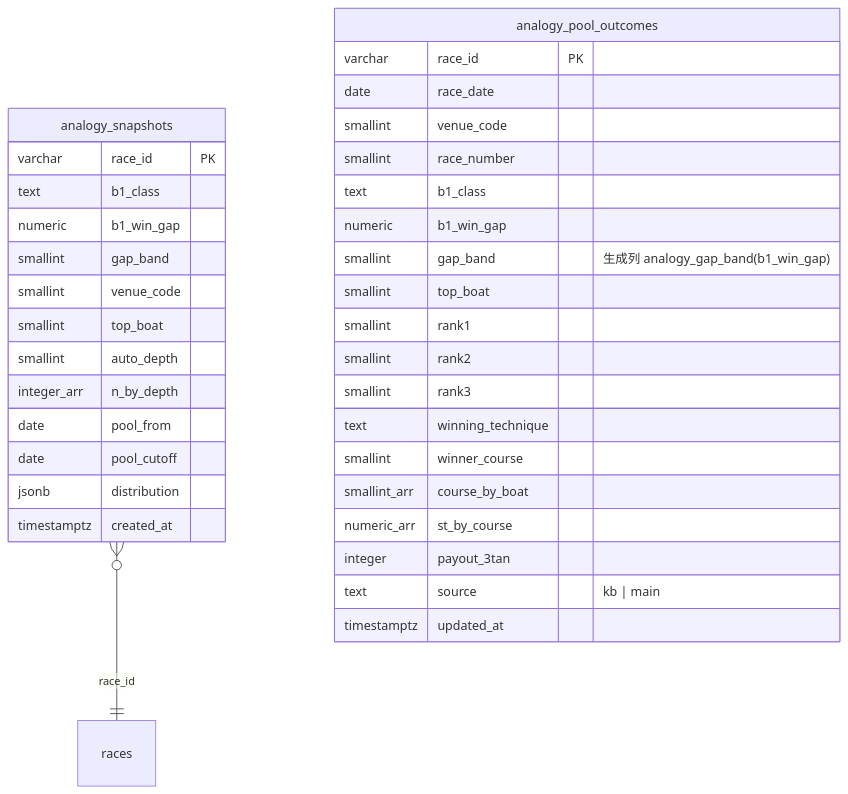
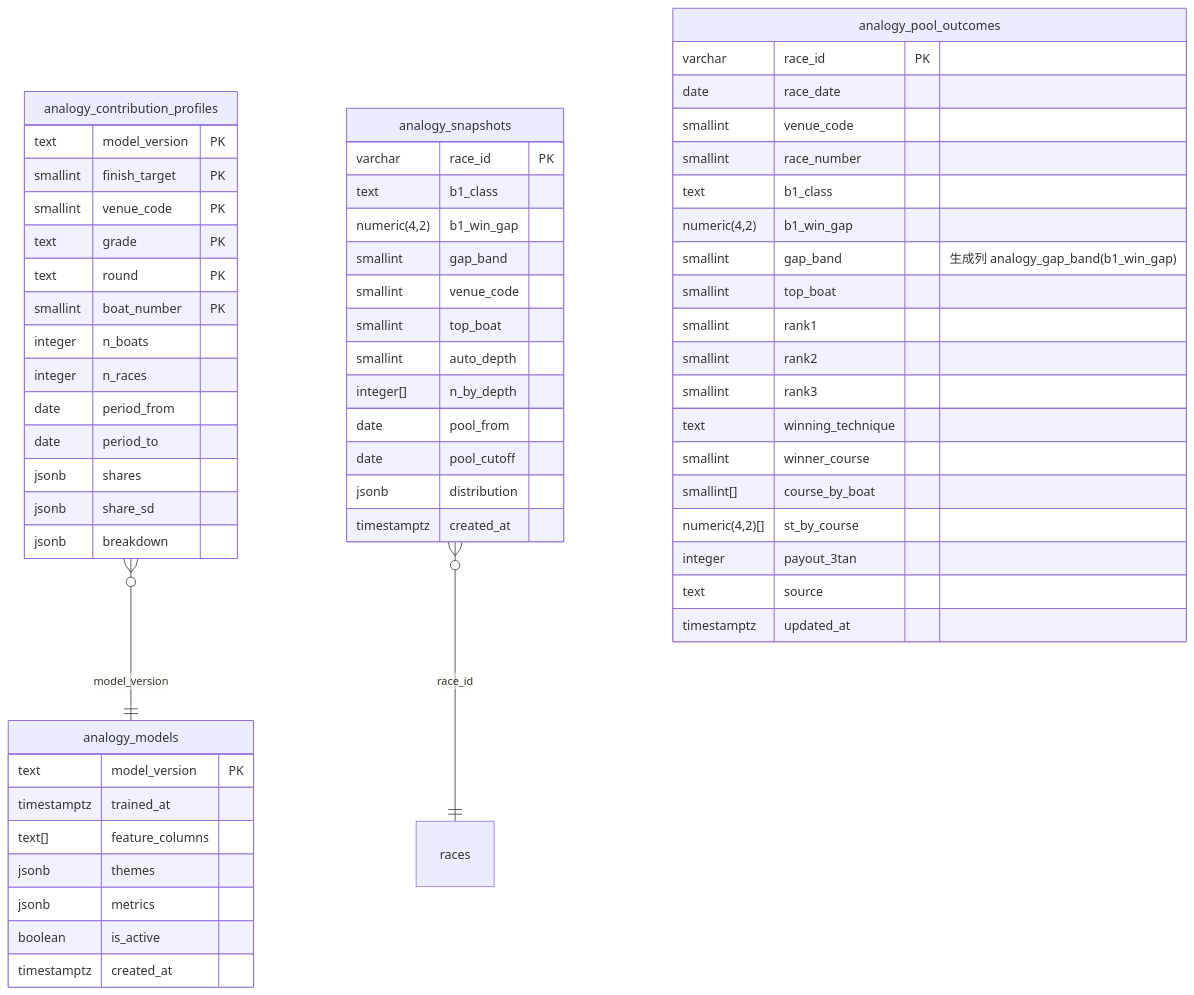
The second of 3 diagrams in docs/design/analogy-finder/plan.md (rhapsody0919/boatrace-ai-predictor), drawn with Mermaid before and after one commit. The commit also changed other lines of this file and 1 other file, not shown here.

Commit message:
docs: BOA-271 plan の ER 図を 118・119 の DDL から生成したものに差し替える

````diff
--- a/docs/design/analogy-finder/plan.md
+++ b/docs/design/analogy-finder/plan.md
@@ -41,38 +43,63 @@
 ```mermaid
 erDiagram
+    analogy_contribution_profiles }o--|| analogy_models : "model_version"
     analogy_snapshots }o--|| races : "race_id"
+    analogy_models {
+        text model_version PK
+        timestamptz trained_at
+        text[] feature_columns
+        jsonb themes
+        jsonb metrics
+        boolean is_active
+        timestamptz created_at
+    }
+    analogy_contribution_profiles {
+        text model_version PK
+        smallint finish_target PK
+        smallint venue_code PK
+        text grade PK
+        text round PK
+        smallint boat_number PK
+        integer n_boats
+        integer n_races
+        date period_from
+        date period_to
+        jsonb shares
+        jsonb share_sd
+        jsonb breakdown
+    }
     analogy_pool_outcomes {
         varchar race_id PK
         date race_date
         smallint venue_code
         smallint race_number
         text b1_class
-        numeric b1_win_gap
+        numeric(4,2) b1_win_gap
         smallint gap_band "生成列 analogy_gap_band(b1_win_gap)"
         smallint top_boat
         smallint rank1
         smallint rank2
         smallint rank3
         text winning_technique
         smallint winner_course
-        smallint_arr course_by_boat
-        numeric_arr st_by_course
+        smallint[] course_by_boat
+        numeric(4,2)[] st_by_course
         integer payout_3tan
-        text source "kb | main"
+        text source
         timestamptz updated_at
     }
     analogy_snapshots {
         varchar race_id PK
         text b1_class
-        numeric b1_win_gap
+        numeric(4,2) b1_win_gap
         smallint gap_band
         smallint venue_code
         smallint top_boat
         smallint auto_depth
-        integer_arr n_by_depth
+        integer[] n_by_depth
         date pool_from
         date pool_cutoff
         jsonb distribution
         timestamptz created_at
     }
 ```
````
